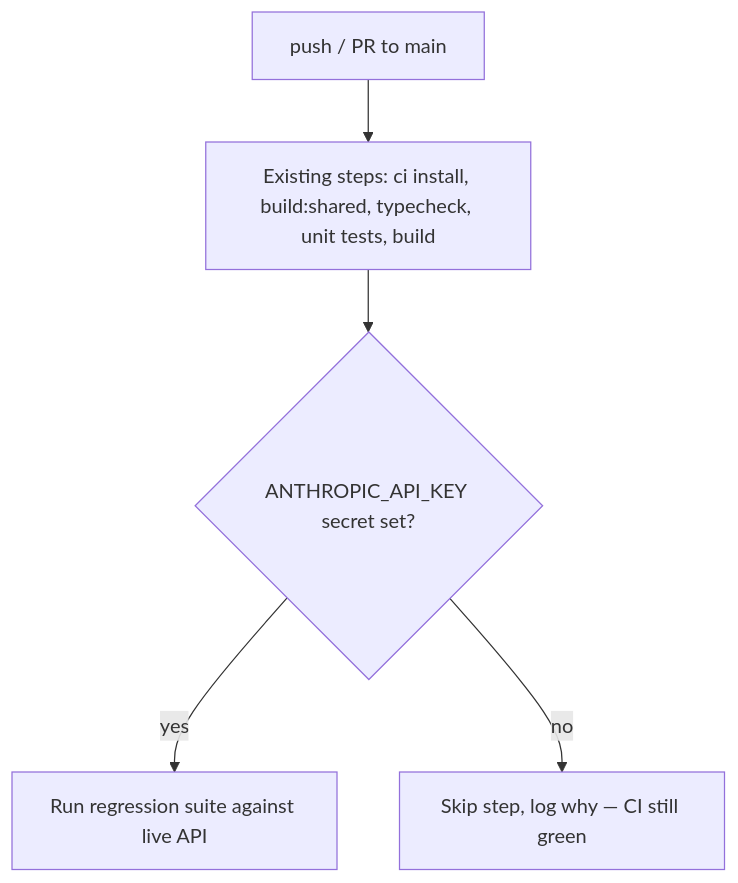
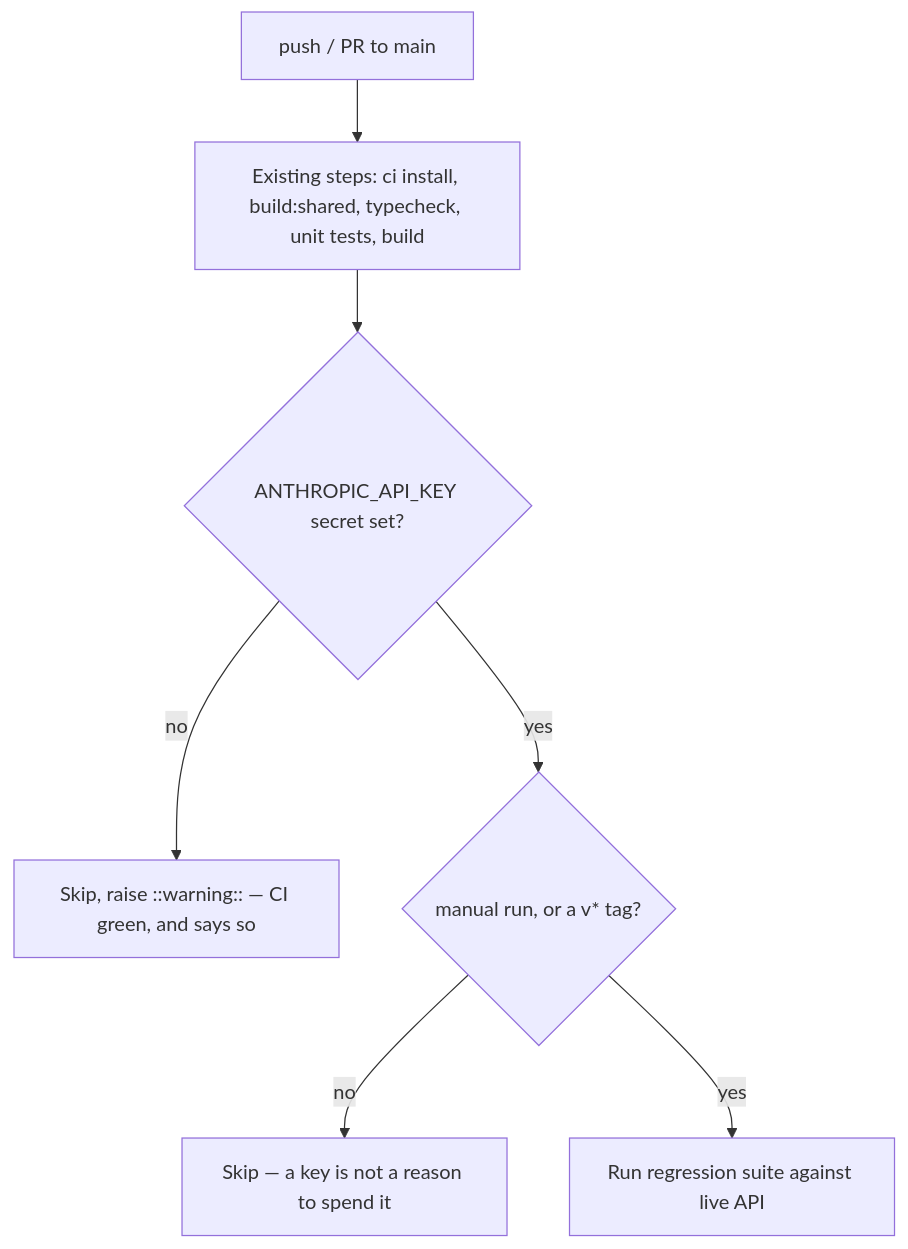
Before and after one commit to i-adnanali/dairy-360: the second of 2 diagrams in docs/REGRESSION.md, drawn with Mermaid. The commit also changed other lines of this file and 1 other file, not shown here.

First line of the commit message:
ci: a key is not a reason to spend it, and bump the actions off Node 20

````diff
--- a/docs/REGRESSION.md
+++ b/docs/REGRESSION.md
@@ -193,7 +235,9 @@
 ```mermaid
 flowchart TD
     Push["push / PR to main"] --> Existing["Existing steps: ci install, build:shared, typecheck, unit tests, build"]
     Existing --> KeyCheck{"ANTHROPIC_API_KEY secret set?"}
-    KeyCheck -- "yes" --> Run["Run regression suite against live API"]
-    KeyCheck -- "no" --> Skip["Skip step, log why — CI still green"]
+    KeyCheck -- "no" --> Skip["Skip, raise ::warning:: — CI green, and says so"]
+    KeyCheck -- "yes" --> Asked{"manual run, or a v* tag?"}
+    Asked -- "no" --> Skip2["Skip — a key is not a reason to spend it"]
+    Asked -- "yes" --> Run["Run regression suite against live API"]
 ```
````
